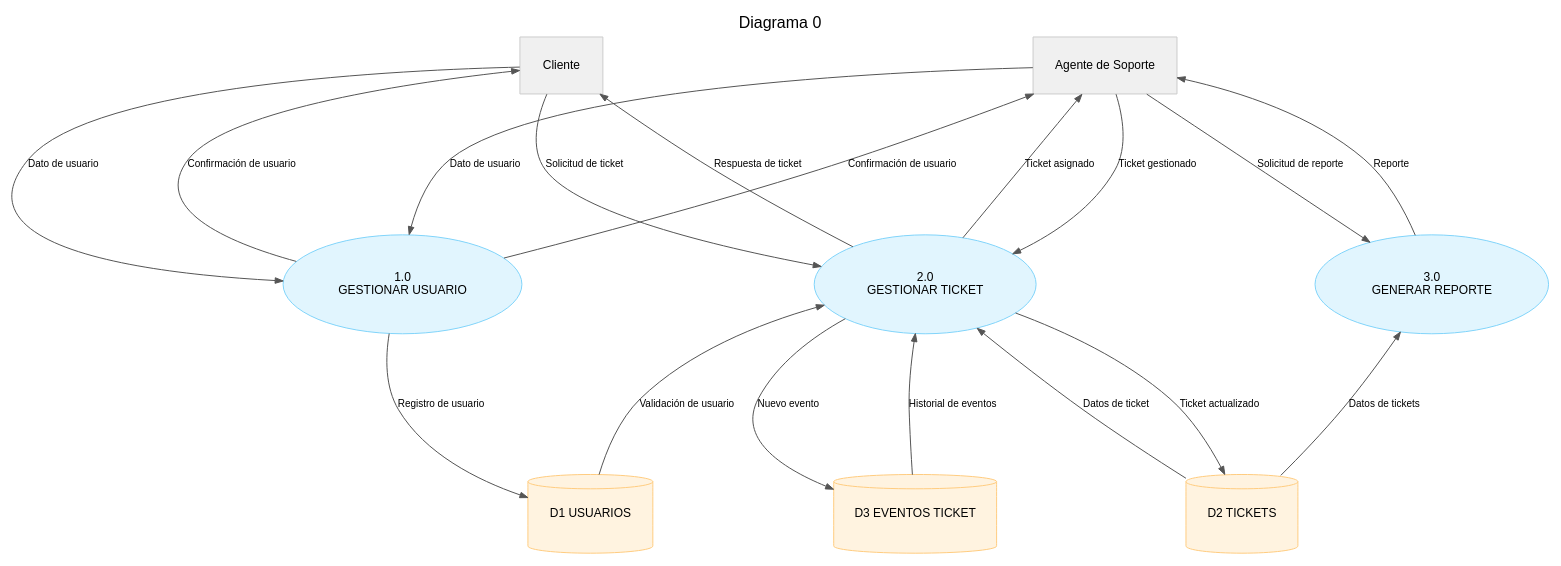
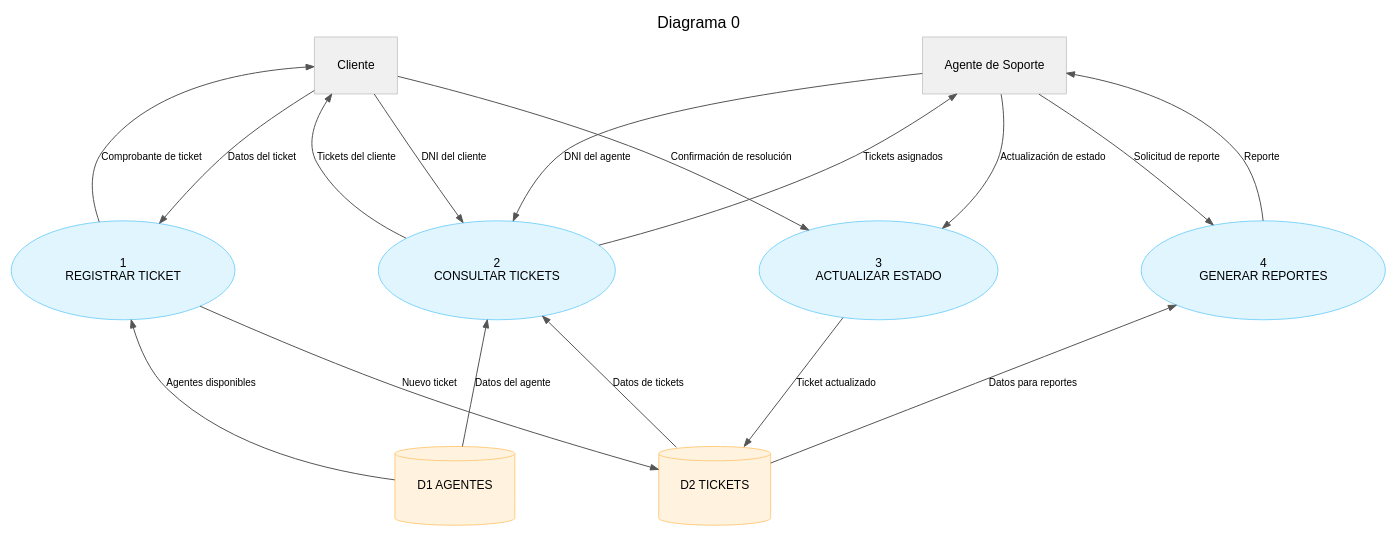
The second of 2 diagrams in documentacion/12_diagrama_flujo_datos.md (lucho-peralta/gestionTickets), drawn with Graphviz before and after one commit. The commit also changed other lines of this file and 32 other files, not shown here.

````diff
--- a/documentacion/12_diagrama_flujo_datos.md
+++ b/documentacion/12_diagrama_flujo_datos.md
@@ -58,75 +77,68 @@
 ```dot
 digraph Diagrama0 {
-    // Configuración general
     rankdir=TB;
     splines=true;
-    nodesep=1.2;
-    ranksep=1.8;
-
+    nodesep=1.0;
+    ranksep=1.6;
     fontname="Helvetica,Arial,sans-serif";
     labelloc="t";
     label="Diagrama 0";
     fontsize=16;
 
     node [fontname="Helvetica,Arial,sans-serif", fontsize=12, margin=0.3];
     edge [fontname="Helvetica,Arial,sans-serif", fontsize=10, color="#555555", arrowsize=0.8];
 
-    // CAPA SUPERIOR: Entidades externas (Cliente izquierda, Agente derecha)
+    // Entidades externas
     {
         rank=same;
         node [shape=box, style=filled, fillcolor="#f0f0f0", color="#cccccc"];
         C [label="Cliente"];
         A [label="Agente de Soporte"];
         C -> A [style=invis];
     }
 
-    // CAPA CENTRAL: Procesos (1.0, 2.0, 3.0 de izquierda a derecha)
+    // Procesos
     {
         rank=same;
         node [shape=ellipse, style=filled, fillcolor="#e1f5fe", color="#81d4fa"];
-        P1 [label="1.0\nGESTIONAR USUARIO"];
-        P2 [label="2.0\nGESTIONAR TICKET"];
-        P3 [label="3.0\nGENERAR REPORTE"];
-        P1 -> P2 -> P3 [style=invis];
+        P1 [label="1\nREGISTRAR TICKET"];
+        P2 [label="2\nCONSULTAR TICKETS"];
+        P3 [label="3\nACTUALIZAR ESTADO"];
+        P4 [label="4\nGENERAR REPORTES"];
+        P1 -> P2 -> P3 -> P4 [style=invis];
     }
 
-    // CAPA INFERIOR: Almacenamientos (D1, D3, D2 de izquierda a derecha)
+    // Almacenamientos
     {
         rank=same;
         node [shape=cylinder, style=filled, fillcolor="#fff3e0", color="#ffcc80"];
-        D1 [label="D1 USUARIOS"];
-        D3 [label="D3 EVENTOS TICKET"];
+        D1 [label="D1 AGENTES"];
         D2 [label="D2 TICKETS"];
-        D1 -> D3 -> D2 [style=invis];
+        D1 -> D2 [style=invis];
     }
 
-    // --- Flujos del Cliente ---
-    C -> P1 [label="Dato de usuario"];
-    C -> P1 [label="Confirmación de usuario", dir=back];
+    // 1 Registrar ticket
+    C  -> P1 [label="Datos del ticket"];
+    P1 -> C  [label="Comprobante de ticket"];
+    D1 -> P1 [label="Agentes disponibles"];
+    P1 -> D2 [label="Nuevo ticket"];
 
-    C -> P2 [label="Solicitud de ticket"];
-    C -> P2 [label="Respuesta de ticket", dir=back];
+    // 2 Consultar tickets
+    C  -> P2 [label="DNI del cliente"];
+    P2 -> C  [label="Tickets del cliente"];
+    A  -> P2 [label="DNI del agente"];
+    P2 -> A  [label="Tickets asignados"];
+    D1 -> P2 [label="Datos del agente"];
+    D2 -> P2 [label="Datos de tickets"];
 
-    // --- Flujos del Agente ---
-    A -> P1 [label="Dato de usuario"];
-    A -> P1 [label="Confirmación de usuario", dir=back];
+    // 3 Actualizar estado
+    A  -> P3 [label="Actualización de estado"];
+    C  -> P3 [label="Confirmación de resolución"];
+    P3 -> D2 [label="Ticket actualizado"];
 
-    A -> P2 [label="Ticket asignado", dir=back];
-    A -> P2 [label="Ticket gestionado"];
-
-    A -> P3 [label="Solicitud de reporte"];
-    A -> P3 [label="Reporte", dir=back];
-
-    // --- Flujos internos: procesos y almacenamientos ---
-    P1 -> D1 [label="Registro de usuario"];
-    P2 -> D1 [label="Validación de usuario", dir=back];
-
-    P2 -> D3 [label="Nuevo evento"];
-    P2 -> D3 [label="Historial de eventos", dir=back];
-
-    P2 -> D2 [label="Ticket actualizado"];
-    P2 -> D2 [label="Datos de ticket", dir=back];
-
-    P3 -> D2 [label="Datos de tickets", dir=back];
+    // 4 Generar reportes
+    A  -> P4 [label="Solicitud de reporte"];
+    P4 -> A  [label="Reporte"];
+    D2 -> P4 [label="Datos para reportes"];
 }
 ```
````
